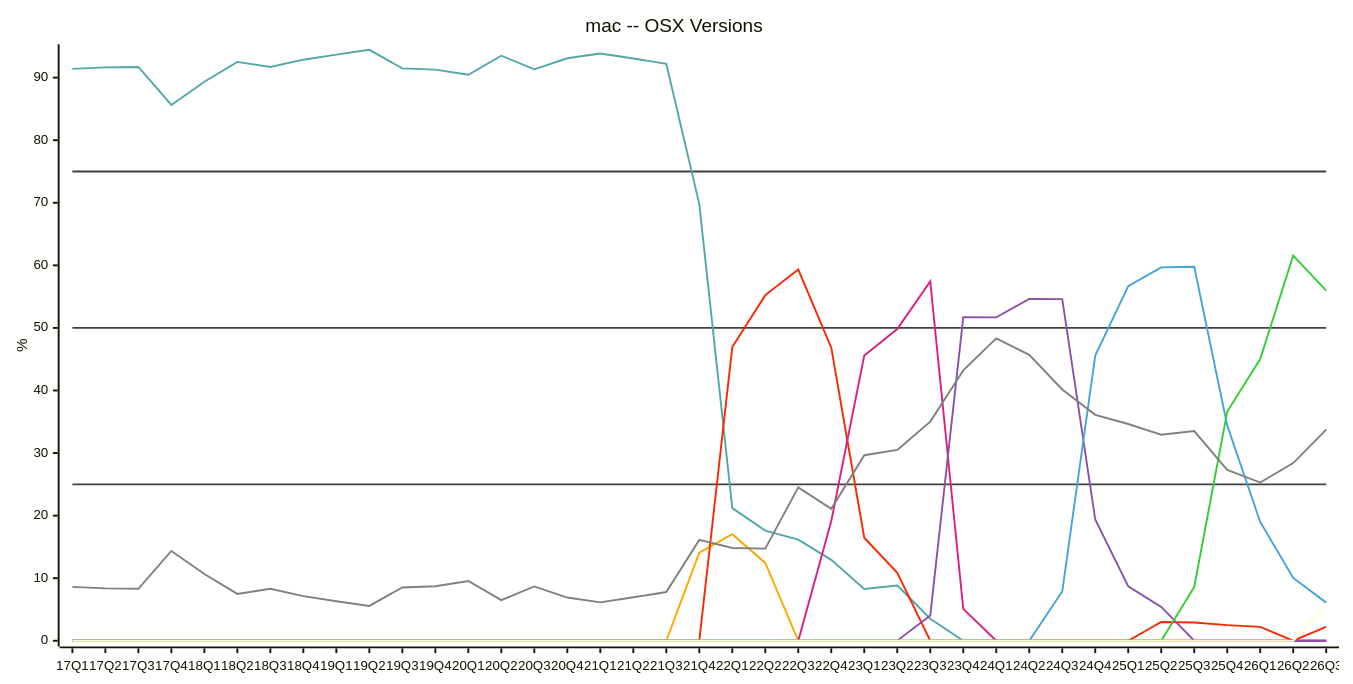
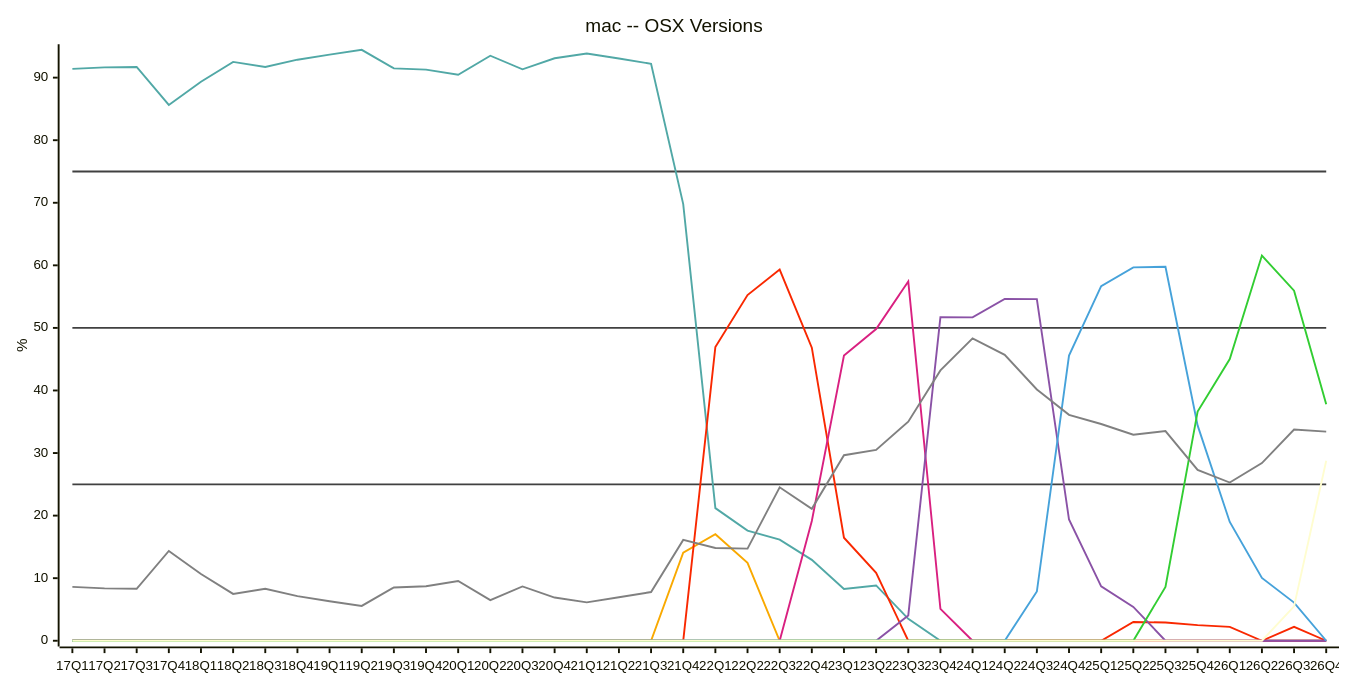
One commit to jdegene/steamHWsurvey changed diagram 17 of 31 in README.md. Above: the diagram before and after it, drawn with Mermaid. The commit also changed other lines of this file and 2 other files, not shown here.

````diff
--- a/README.md
+++ b/README.md
@@ -580,30 +580,30 @@
 ```mermaid
 ---
 config:
     xyChart:
         width: 1400
         height: 700
         
     themeVariables:
         xyChart:
             plotColorPalette: "#404040,#404040,#404040,#51a8a6,#f9a900,#f92800,#d92080,#8a52a6,#46a2da,#32CD32,#FFFDD0,#808080"
 
 --- 
 
 xychart-beta
     title "mac -- OSX Versions"
-    x-axis [17Q1, 17Q2, 17Q3, 17Q4, 18Q1, 18Q2, 18Q3, 18Q4, 19Q1, 19Q2, 19Q3, 19Q4, 20Q1, 20Q2, 20Q3, 20Q4, 21Q1, 21Q2, 21Q3, 21Q4, 22Q1, 22Q2, 22Q3, 22Q4, 23Q1, 23Q2, 23Q3, 23Q4, 24Q1, 24Q2, 24Q3, 24Q4, 25Q1, 25Q2, 25Q3, 25Q4, 26Q1, 26Q2, 26Q3]
+    x-axis [17Q1, 17Q2, 17Q3, 17Q4, 18Q1, 18Q2, 18Q3, 18Q4, 19Q1, 19Q2, 19Q3, 19Q4, 20Q1, 20Q2, 20Q3, 20Q4, 21Q1, 21Q2, 21Q3, 21Q4, 22Q1, 22Q2, 22Q3, 22Q4, 23Q1, 23Q2, 23Q3, 23Q4, 24Q1, 24Q2, 24Q3, 24Q4, 25Q1, 25Q2, 25Q3, 25Q4, 26Q1, 26Q2, 26Q3, 26Q4]
     y-axis "%" 
- line [25, 25, 25, 25, 25, 25, 25, 25, 25, 25, 25, 25, 25, 25, 25, 25, 25, 25, 25, 25, 25, 25, 25, 25, 25, 25, 25, 25, 25, 25, 25, 25, 25, 25, 25, 25, 25, 25, 25]
- line [50, 50, 50, 50, 50, 50, 50, 50, 50, 50, 50, 50, 50, 50, 50, 50, 50, 50, 50, 50, 50, 50, 50, 50, 50, 50, 50, 50, 50, 50, 50, 50, 50, 50, 50, 50, 50, 50, 50]
- line [75, 75, 75, 75, 75, 75, 75, 75, 75, 75, 75, 75, 75, 75, 75, 75, 75, 75, 75, 75, 75, 75, 75, 75, 75, 75, 75, 75, 75, 75, 75, 75, 75, 75, 75, 75, 75, 75, 75]
-    line [91.39999999999999, 91.63333333333333, 91.69999999999999, 85.64, 89.34333333333333, 92.51499999999999, 91.70333333333333, 92.86666666666666, 93.67999999999999, 94.44, 91.48333333333333, 91.28666666666666, 90.46, 93.5, 91.325, 93.10000000000001, 93.85666666666667, 93.06, 92.21000000000001, 69.78999999999999, 21.2, 17.6, 16.17, 12.925, 8.28, 8.836666666666666, 3.51, 0, 0, 0, 0, 0, 0, 0, 0, 0, 0, 0, 0]
-    line [0, 0, 0, 0, 0, 0, 0, 0, 0, 0, 0, 0, 0, 0, 0, 0, 0, 0, 0, 14.09, 17.03, 12.44, 0, 0, 0, 0, 0, 0, 0, 0, 0, 0, 0, 0, 0, 0, 0, 0, 0]
-    line [0, 0, 0, 0, 0, 0, 0, 0, 0, 0, 0, 0, 0, 0, 0, 0, 0, 0, 0, 0, 46.945, 55.24, 59.32000000000001, 46.839999999999996, 16.465000000000003, 10.86, 0, 0, 0, 0, 0, 0, 0, 3.0, 2.91, 2.4899999999999998, 2.22, 0, 2.22]
-    line [0, 0, 0, 0, 0, 0, 0, 0, 0, 0, 0, 0, 0, 0, 0, 0, 0, 0, 0, 0, 0, 0, 0, 19.145, 45.595, 49.82, 57.43000000000001, 5.09, 0, 0, 0, 0, 0, 0, 0, 0, 0, 0, 0]
-    line [0, 0, 0, 0, 0, 0, 0, 0, 0, 0, 0, 0, 0, 0, 0, 0, 0, 0, 0, 0, 0, 0, 0, 0, 0, 0, 4.04, 51.71, 51.68000000000001, 54.62666666666666, 54.59666666666667, 19.37333333333333, 8.683333333333334, 5.413333333333333, 0, 0, 0, 0, 0]
-    line [0, 0, 0, 0, 0, 0, 0, 0, 0, 0, 0, 0, 0, 0, 0, 0, 0, 0, 0, 0, 0, 0, 0, 0, 0, 0, 0, 0, 0, 0, 7.869999999999999, 45.58333333333333, 56.68333333333333, 59.66666666666667, 59.776666666666664, 34.416666666666664, 18.98666666666666, 10.036666666666665, 6.095000000000001]
-    line [0, 0, 0, 0, 0, 0, 0, 0, 0, 0, 0, 0, 0, 0, 0, 0, 0, 0, 0, 0, 0, 0, 0, 0, 0, 0, 0, 0, 0, 0, 0, 0, 0, 0, 8.610000000000001, 36.626666666666665, 45.013333333333335, 61.55999999999998, 55.94333333333332]
-    line [0, 0, 0, 0, 0, 0, 0, 0, 0, 0, 0, 0, 0, 0, 0, 0, 0, 0, 0, 0, 0, 0, 0, 0, 0, 0, 0, 0, 0, 0, 0, 0, 0, 0, 0, 0, 0, 0, 5.499999999999994]
-    line [8.61, 8.373333333333333, 8.3, 14.356666666666666, 10.673333333333336, 7.489999999999999, 8.296666666666667, 7.13, 6.3133333333333335, 5.57, 8.52, 8.709999999999999, 9.55, 6.49, 8.68, 6.905, 6.136666666666666, 6.946666666666666, 7.785, 16.12, 14.829999999999998, 14.719999999999999, 24.52, 21.085, 29.65, 30.493333333333332, 35.02, 43.205, 48.32, 45.7, 40.160000000000004, 36.11333333333333, 34.63666666666666, 32.92, 33.513333333333335, 27.30333333333333, 25.290000000000003, 28.4, 33.75333333333333]
+ line [25, 25, 25, 25, 25, 25, 25, 25, 25, 25, 25, 25, 25, 25, 25, 25, 25, 25, 25, 25, 25, 25, 25, 25, 25, 25, 25, 25, 25, 25, 25, 25, 25, 25, 25, 25, 25, 25, 25, 25]
+ line [50, 50, 50, 50, 50, 50, 50, 50, 50, 50, 50, 50, 50, 50, 50, 50, 50, 50, 50, 50, 50, 50, 50, 50, 50, 50, 50, 50, 50, 50, 50, 50, 50, 50, 50, 50, 50, 50, 50, 50]
+ line [75, 75, 75, 75, 75, 75, 75, 75, 75, 75, 75, 75, 75, 75, 75, 75, 75, 75, 75, 75, 75, 75, 75, 75, 75, 75, 75, 75, 75, 75, 75, 75, 75, 75, 75, 75, 75, 75, 75, 75]
+    line [91.4, 91.63333333333333, 91.69999999999999, 85.64, 89.34333333333333, 92.51499999999999, 91.70333333333333, 92.86666666666666, 93.67999999999999, 94.44, 91.48333333333333, 91.28666666666666, 90.46, 93.5, 91.325, 93.10000000000001, 93.85666666666667, 93.06, 92.21000000000001, 69.78999999999999, 21.2, 17.6, 16.17, 12.925, 8.28, 8.836666666666666, 3.51, 0, 0, 0, 0, 0, 0, 0, 0, 0, 0, 0, 0, 0]
+    line [0, 0, 0, 0, 0, 0, 0, 0, 0, 0, 0, 0, 0, 0, 0, 0, 0, 0, 0, 14.09, 17.03, 12.44, 0, 0, 0, 0, 0, 0, 0, 0, 0, 0, 0, 0, 0, 0, 0, 0, 0, 0]
+    line [0, 0, 0, 0, 0, 0, 0, 0, 0, 0, 0, 0, 0, 0, 0, 0, 0, 0, 0, 0, 46.945, 55.24, 59.32000000000001, 46.839999999999996, 16.465000000000003, 10.86, 0, 0, 0, 0, 0, 0, 0, 3.0, 2.91, 2.4899999999999998, 2.22, 0, 2.22, 0]
+    line [0, 0, 0, 0, 0, 0, 0, 0, 0, 0, 0, 0, 0, 0, 0, 0, 0, 0, 0, 0, 0, 0, 0, 19.145, 45.595, 49.82, 57.43000000000001, 5.09, 0, 0, 0, 0, 0, 0, 0, 0, 0, 0, 0, 0]
+    line [0, 0, 0, 0, 0, 0, 0, 0, 0, 0, 0, 0, 0, 0, 0, 0, 0, 0, 0, 0, 0, 0, 0, 0, 0, 0, 4.04, 51.71, 51.68000000000001, 54.62666666666666, 54.59666666666667, 19.37333333333333, 8.683333333333334, 5.413333333333333, 0, 0, 0, 0, 0, 0]
+    line [0, 0, 0, 0, 0, 0, 0, 0, 0, 0, 0, 0, 0, 0, 0, 0, 0, 0, 0, 0, 0, 0, 0, 0, 0, 0, 0, 0, 0, 0, 7.869999999999999, 45.58333333333333, 56.68333333333333, 59.66666666666667, 59.776666666666664, 34.416666666666664, 18.98666666666666, 10.036666666666665, 6.095000000000001, 0]
+    line [0, 0, 0, 0, 0, 0, 0, 0, 0, 0, 0, 0, 0, 0, 0, 0, 0, 0, 0, 0, 0, 0, 0, 0, 0, 0, 0, 0, 0, 0, 0, 0, 0, 0, 8.610000000000001, 36.626666666666665, 45.013333333333335, 61.55999999999998, 55.94333333333332, 37.80999999999999]
+    line [0, 0, 0, 0, 0, 0, 0, 0, 0, 0, 0, 0, 0, 0, 0, 0, 0, 0, 0, 0, 0, 0, 0, 0, 0, 0, 0, 0, 0, 0, 0, 0, 0, 0, 0, 0, 0, 0, 5.499999999999994, 28.76]
+    line [8.61, 8.373333333333333, 8.3, 14.356666666666666, 10.673333333333336, 7.489999999999999, 8.296666666666667, 7.13, 6.3133333333333335, 5.57, 8.52, 8.709999999999999, 9.55, 6.49, 8.68, 6.905, 6.136666666666666, 6.946666666666666, 7.785, 16.12, 14.829999999999998, 14.719999999999999, 24.52, 21.085, 29.65, 30.493333333333332, 35.02, 43.205, 48.32, 45.7, 40.160000000000004, 36.11333333333333, 34.63666666666666, 32.92, 33.513333333333335, 27.30333333333333, 25.290000000000003, 28.4, 33.75333333333333, 33.42]
 ``` 
````
